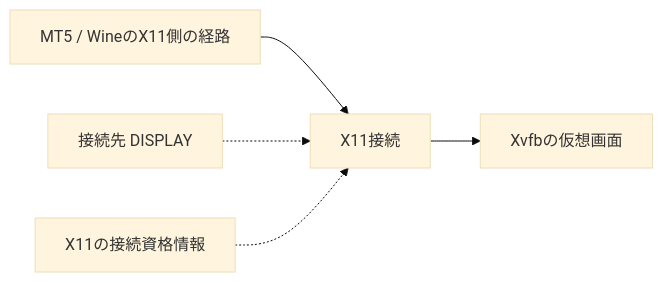
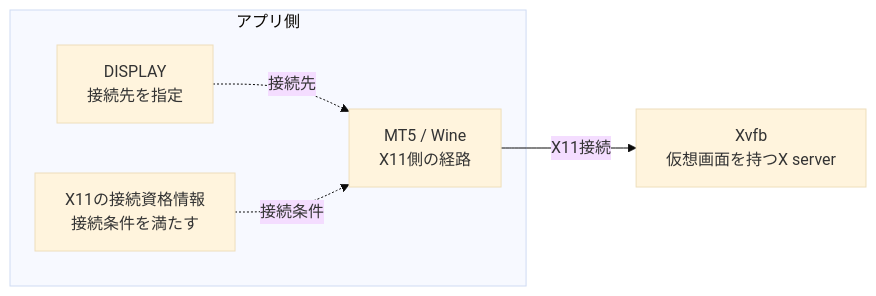
The diagram in articles/linux/mt5-ubuntu/03-ubuntu-server-headless-design.mdx (appar377/tech-note), drawn with Mermaid (base theme) before and after one commit. The commit also changed other lines of this file and 51 other files, not shown here.

````diff
--- a/articles/linux/mt5-ubuntu/03-ubuntu-server-headless-design.mdx
+++ b/articles/linux/mt5-ubuntu/03-ubuntu-server-headless-design.mdx
@@ -31,7 +31,13 @@
 ```mermaid
 flowchart LR
-  A["MT5 / WineのX11側の経路"] --> B["X11接続"]
-  B --> C["Xvfbの仮想画面"]
-  D["接続先 DISPLAY"] -.-> B
-  E["X11の接続資格情報"] -.-> B
+  accTitle: WineのX11接続に必要な表示先と接続条件
+  accDescr: MT5がWineのX11側の経路でXvfbの仮想画面へ接続する。DISPLAYは接続先を示し、X11の接続資格情報は接続条件になる。これらの設定だけではX serverや認証情報を生成しない。
+  subgraph client["アプリ側"]
+    A["MT5 / Wine<br/>X11側の経路"]
+    D["DISPLAY<br/>接続先を指定"]
+    E["X11の接続資格情報<br/>接続条件を満たす"]
+  end
+  A -->|X11接続| C["Xvfb<br/>仮想画面を持つX server"]
+  D -.->|接続先| A
+  E -.->|接続条件| A
 ```
````
